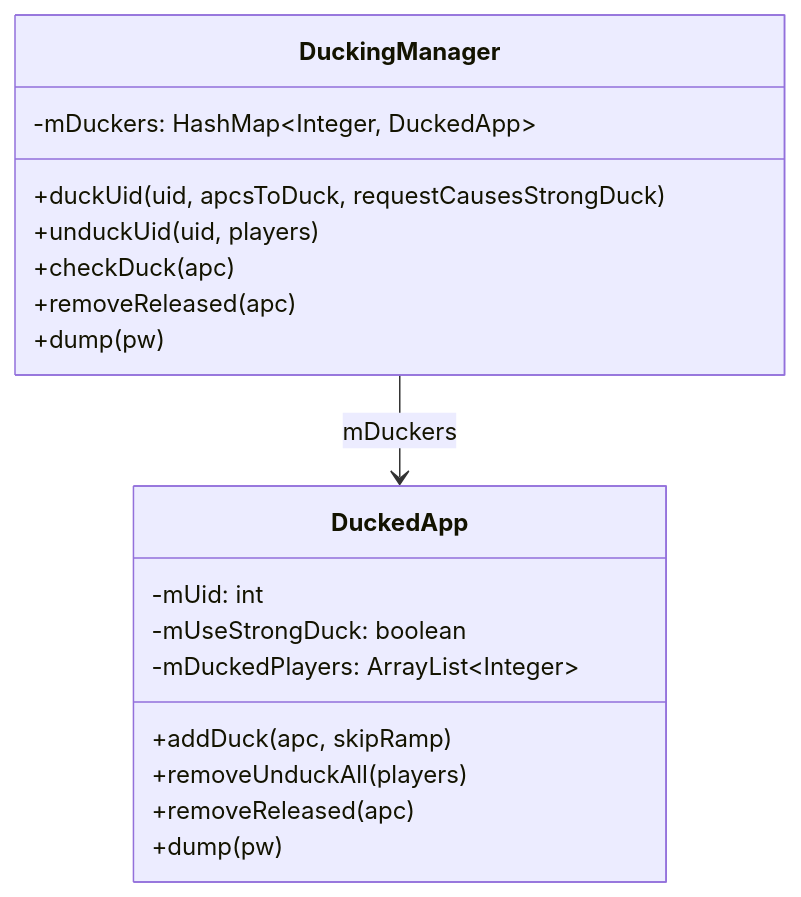
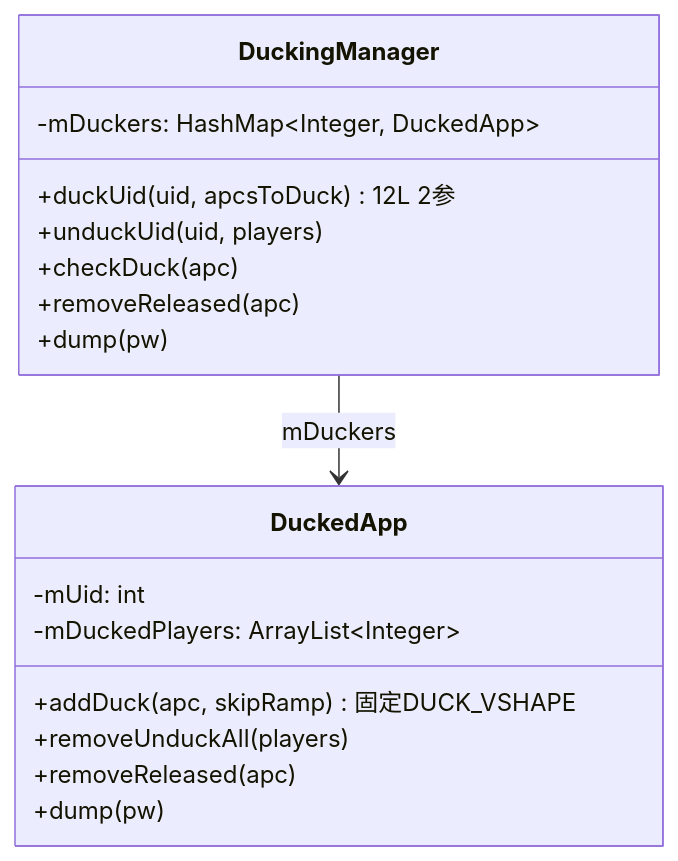
Before and after one commit to yanglinzhen1022/SA8295_AAOS_QNX_Audio_KnowledgeBase: the second of 3 diagrams in 12_Audio_Focus_Deep_Dive/12_12.11_PlaybackActivityMonitor_Duck执行深度.md, drawn with Mermaid. The commit also changed other lines of this file and 14 other files, not shown here.

````diff
--- a/12_Audio_Focus_Deep_Dive/12_12.11_PlaybackActivityMonitor_Duck执行深度.md
+++ b/12_Audio_Focus_Deep_Dive/12_12.11_PlaybackActivityMonitor_Duck执行深度.md
@@ -171,21 +167,20 @@
 ```mermaid
 classDiagram
     class DuckingManager {
         -mDuckers: HashMap~Integer, DuckedApp~
-        +duckUid(uid, apcsToDuck, requestCausesStrongDuck)
+        +duckUid(uid, apcsToDuck) 12L 2参
         +unduckUid(uid, players)
         +checkDuck(apc)
         +removeReleased(apc)
         +dump(pw)
     }
     class DuckedApp {
         -mUid: int
-        -mUseStrongDuck: boolean
         -mDuckedPlayers: ArrayList~Integer~
-        +addDuck(apc, skipRamp)
+        +addDuck(apc, skipRamp) 固定DUCK_VSHAPE
         +removeUnduckAll(players)
         +removeReleased(apc)
         +dump(pw)
     }
     DuckingManager --> DuckedApp : mDuckers
 ```
````
